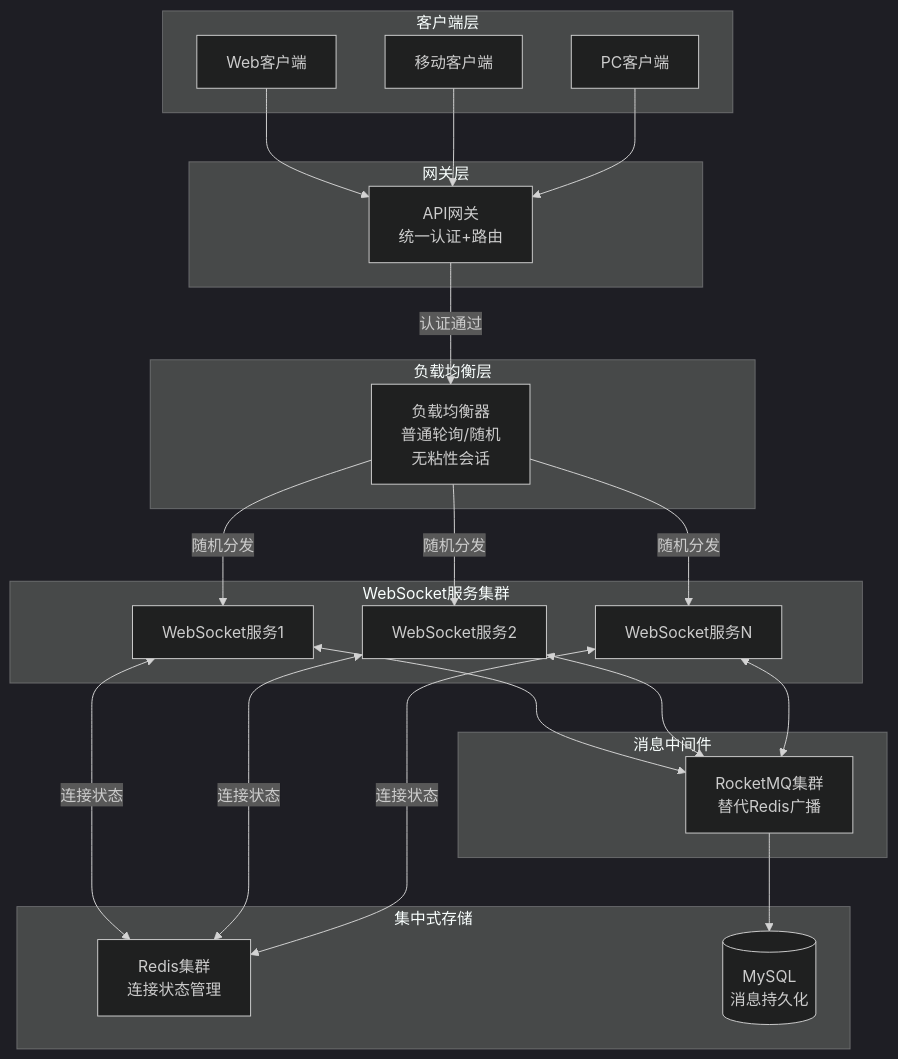
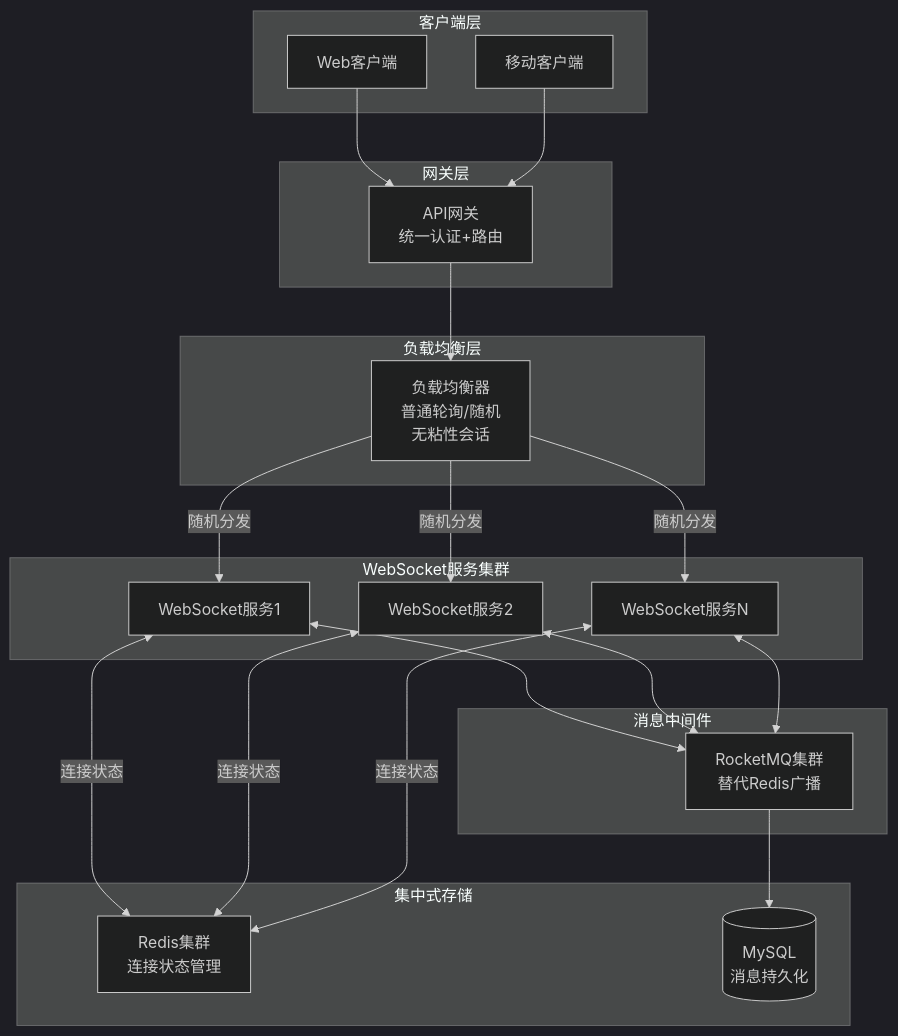
One commit to carso66/maxkb changed diagram 20 of 25 in technical-solution.md. Above: the diagram before and after it, drawn with Mermaid (dark theme). The commit also changed other lines of this file, not shown here.

````diff
--- a/technical-solution.md
+++ b/technical-solution.md
@@ -2019,50 +2373,47 @@
 ```mermaid
 graph TD
     subgraph "客户端层"
         C1[Web客户端]
         C2[移动客户端]
-        C3[PC客户端]
     end
     
     subgraph "网关层"
         Gateway[API网关<br>统一认证+路由]
     end
     
     subgraph "负载均衡层"
         LB[负载均衡器<br>普通轮询/随机<br>无粘性会话]
     end
     
     subgraph "WebSocket服务集群"
         WS1[WebSocket服务1]
         WS2[WebSocket服务2]
         WS3[WebSocket服务N]
     end
     
     subgraph "消息中间件"
         MQ[RocketMQ集群<br>替代Redis广播]
     end
     
     subgraph "集中式存储"
         Redis[Redis集群<br>连接状态管理]
         MySQL[(MySQL<br>消息持久化)]
     end
     
     C1 --> Gateway
     C2 --> Gateway
-    C3 --> Gateway
-    
-    Gateway -->|认证通过| LB
+    Gateway --> LB
     LB -->|随机分发| WS1
     LB -->|随机分发| WS2
     LB -->|随机分发| WS3
     
     WS1 <-->|连接状态| Redis
     WS2 <-->|连接状态| Redis
     WS3 <-->|连接状态| Redis
     
     WS1 <--> MQ
     WS2 <--> MQ
     WS3 <--> MQ
     
     MQ --> MySQL
 ```
````
